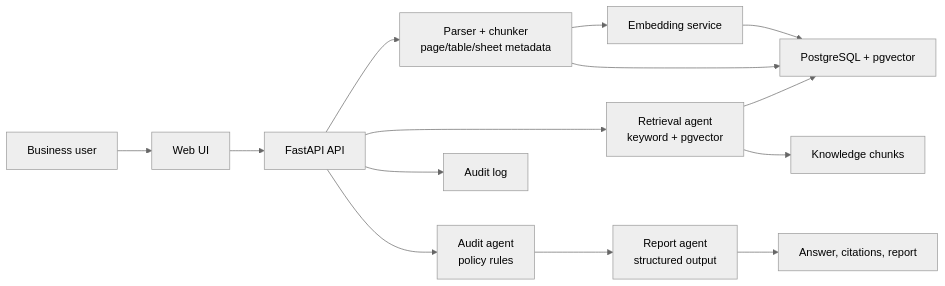
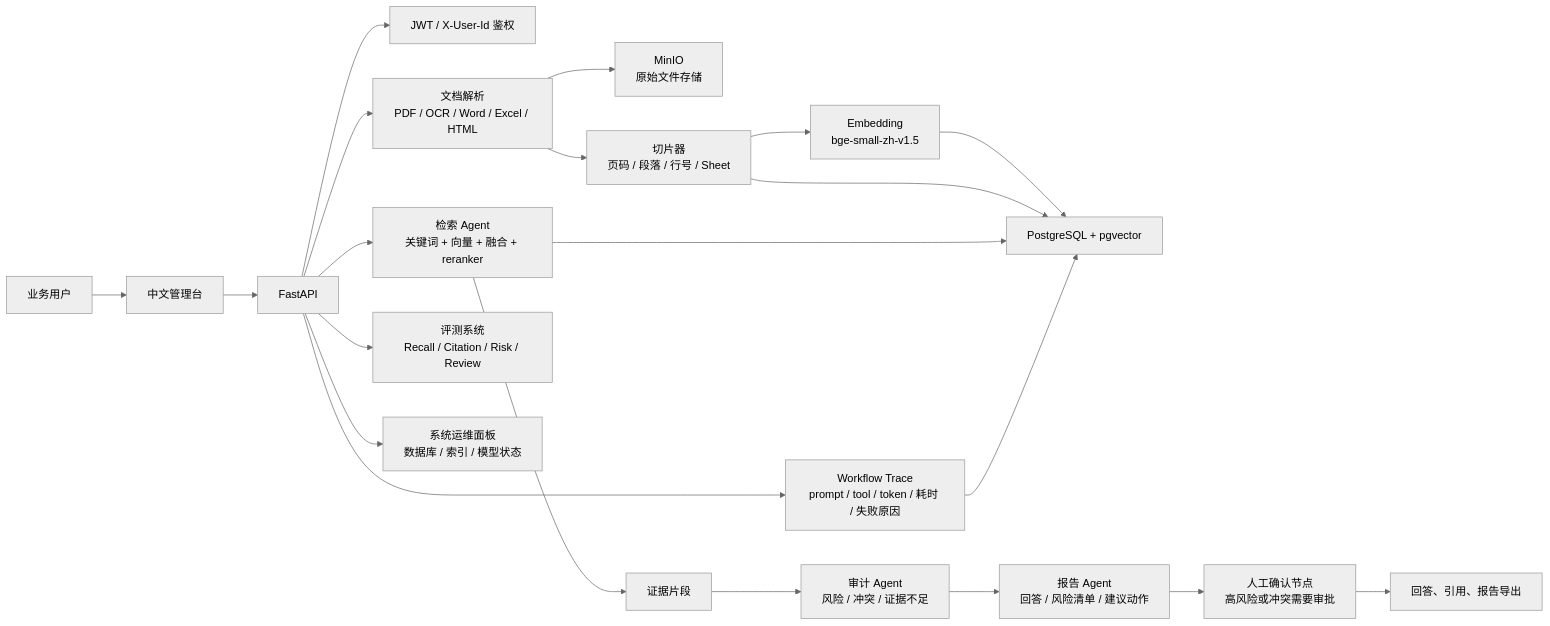
Before and after one commit to lfybtx/enterprise-knowledge-audit-agent: the diagram in docs/architecture.md, drawn with Mermaid (neutral theme). The commit also changed other lines of this file and 5 other files, not shown here.

````diff
--- a/docs/architecture.md
+++ b/docs/architecture.md
@@ -3,16 +5,25 @@
 ```mermaid
 flowchart LR
-    U["Business user"] --> W["Web UI"]
-    W --> A["FastAPI API"]
-    A --> P["Parser + chunker<br/>page/table/sheet metadata"]
-    P --> E["Embedding service"]
-    E --> D["PostgreSQL + pgvector"]
-    P --> D
-    A --> R["Retrieval agent<br/>keyword + pgvector"]
-    R --> D
-    R --> K["Knowledge chunks"]
-    A --> C["Audit agent<br/>policy rules"]
-    C --> G["Report agent<br/>structured output"]
-    G --> O["Answer, citations, report"]
-    A --> L["Audit log"]
+    U["业务用户"] --> W["中文管理台"]
+    W --> A["FastAPI"]
+    A --> Auth["JWT / X-User-Id 鉴权"]
+    A --> P["文档解析<br/>PDF / OCR / Word / Excel / HTML"]
+    P --> M["MinIO<br/>原始文件存储"]
+    P --> C["切片器<br/>页码 / 段落 / 行号 / Sheet"]
+    C --> E["Embedding<br/>bge-small-zh-v1.5"]
+    E --> DB["PostgreSQL + pgvector"]
+    C --> DB
+
+    A --> R["检索 Agent<br/>关键词 + 向量 + 融合 + reranker"]
+    R --> DB
+    R --> EV["证据片段"]
+    EV --> AU["审计 Agent<br/>风险 / 冲突 / 证据不足"]
+    AU --> RP["报告 Agent<br/>回答 / 风险清单 / 建议动作"]
+    RP --> HR["人工确认节点<br/>高风险或冲突需要审批"]
+    HR --> OUT["回答、引用、报告导出"]
+
+    A --> TR["Workflow Trace<br/>prompt / tool / token / 耗时 / 失败原因"]
+    TR --> DB
+    A --> QA["评测系统<br/>Recall / Citation / Risk / Review"]
+    A --> OPS["系统运维面板<br/>数据库 / 索引 / 模型状态"]
 ```
````
